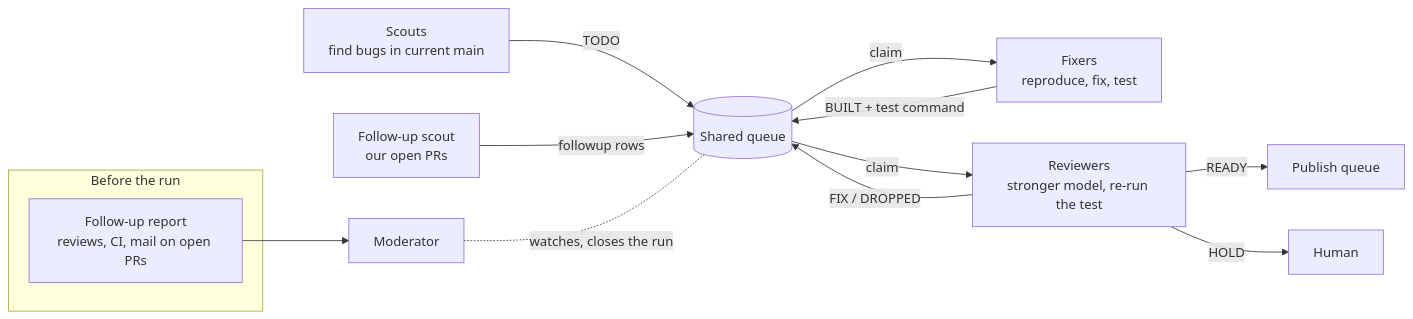
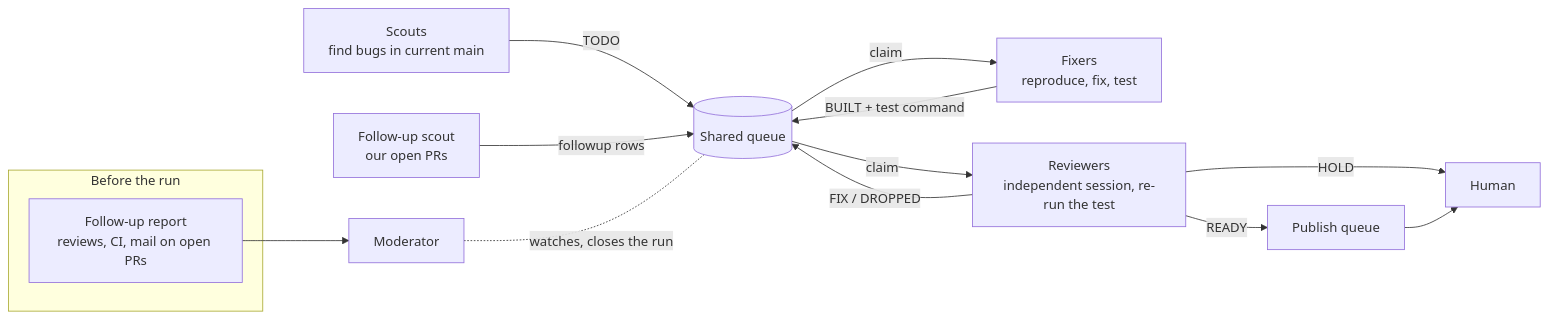
One commit to pcbeingused333/tanda changed the diagram in docs/case-study-oss.md. Above: the diagram before and after it, drawn with Mermaid. The commit also changed other lines of this file and 3 other files, not shown here.

First line of the commit message:
docs: productize tanda — accurate README, case study, contributing and roadmap

````diff
--- a/docs/case-study-oss.md
+++ b/docs/case-study-oss.md
@@ -18,16 +24,17 @@
 ```mermaid
 flowchart LR
   subgraph Phase0[Before the run]
     F[Follow-up report<br/>reviews, CI, mail on open PRs]
   end
   S1[Scouts<br/>find bugs in current main] -->|TODO| Q[(Shared queue)]
   SG[Follow-up scout<br/>our open PRs] -->|followup rows| Q
   Q -->|claim| FX[Fixers<br/>reproduce, fix, test]
   FX -->|BUILT + test command| Q
-  Q -->|claim| RV[Reviewers<br/>stronger model, re-run the test]
+  Q -->|claim| RV[Reviewers<br/>independent session, re-run the test]
   RV -->|READY| P[Publish queue]
   RV -->|FIX / DROPPED| Q
   RV -->|HOLD| H[Human]
+  P --> H
   M[Moderator] -. watches, closes the run .- Q
   F --> M
 ```
````
